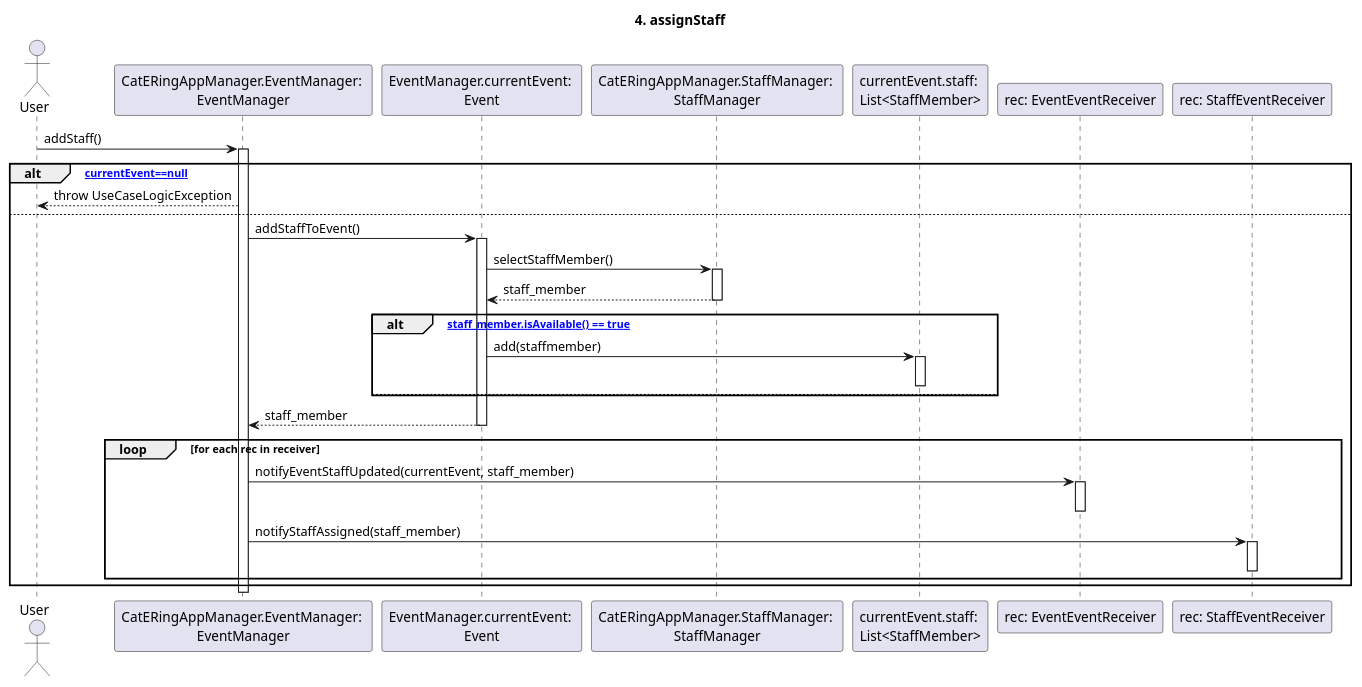
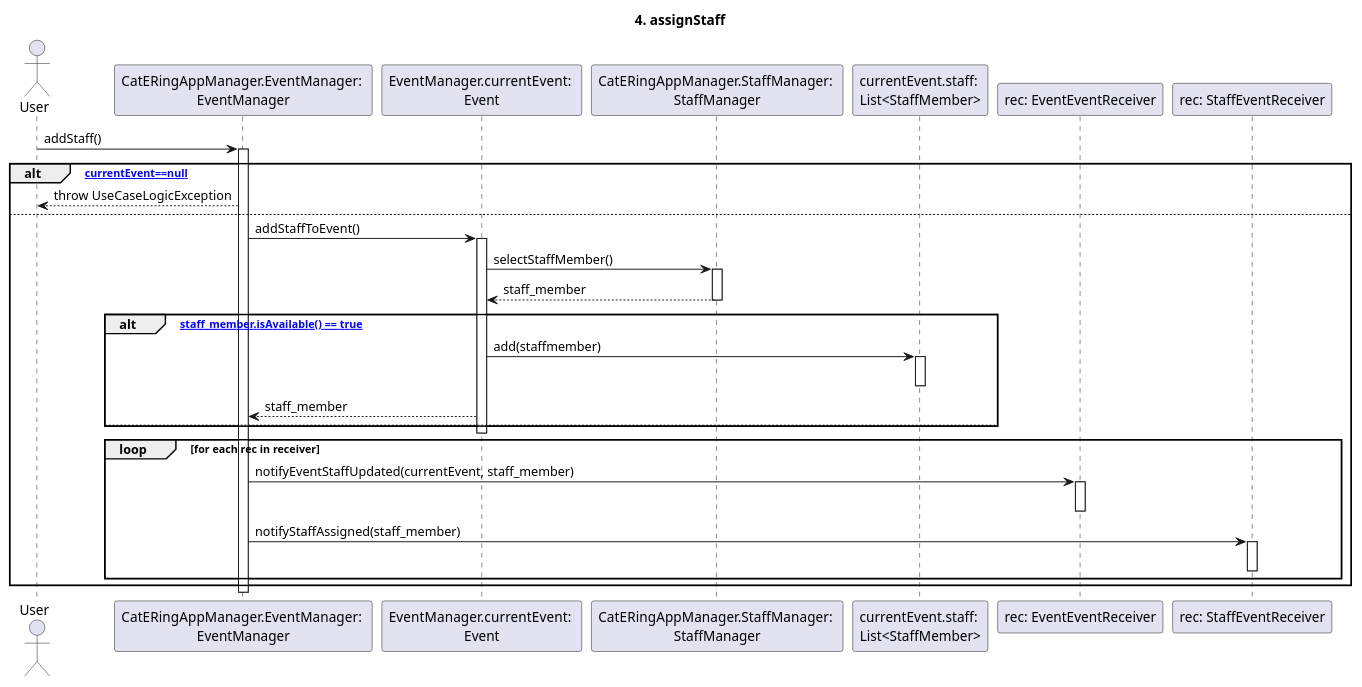
One commit to m0canu1/sas changed the diagram in dsd/dsd-eventi/scenarioPrincipale/4-assignStaff.md. Above: the diagram before and after it, drawn with PlantUML. The commit also changed 4 other files, not shown here.

````diff
--- a/dsd/dsd-eventi/scenarioPrincipale/4-assignStaff.md
+++ b/dsd/dsd-eventi/scenarioPrincipale/4-assignStaff.md
@@ -1,49 +1,50 @@
 ```plantuml
 
 title: 4. assignStaff
 
 Actor User
 Participant "CatERingAppManager.EventManager: \nEventManager" as EM
 Participant "EventManager.currentEvent: \nEvent" as CE
 Participant "CatERingAppManager.StaffManager: \nStaffManager" as SM
 Participant "currentEvent.staff: \nList<StaffMember>" as SL
 
 Participant "rec: EventEventReceiver" as EER
 Participant "rec: StaffEventReceiver" as SER
 
 User -> EM: addStaff()
 Activate EM
 
 alt [currentEvent==null]
     EM --> User: throw UseCaseLogicException
 else
     EM -> CE: addStaffToEvent()
     Activate CE
         CE -> SM: selectStaffMember()
         Activate SM
         SM --> CE: staff_member
         Deactivate SM
         alt ["staff_member.isAvailable() == true"]
             CE -> SL: add(staffmember)
             Activate SL
             Deactivate SL
+            CE --> EM: staff_member
         else
         end
-        CE --> EM: staff_member
+        
     Deactivate CE
 
     loop for each rec in receiver
         EM -> EER: notifyEventStaffUpdated(currentEvent, staff_member)
         Activate EER
         Deactivate EER
         EM -> SER: notifyStaffAssigned(staff_member)
         Activate SER
         Deactivate SER
     end
     
 end
 Deactivate EM
 
 
 
 ```
````
